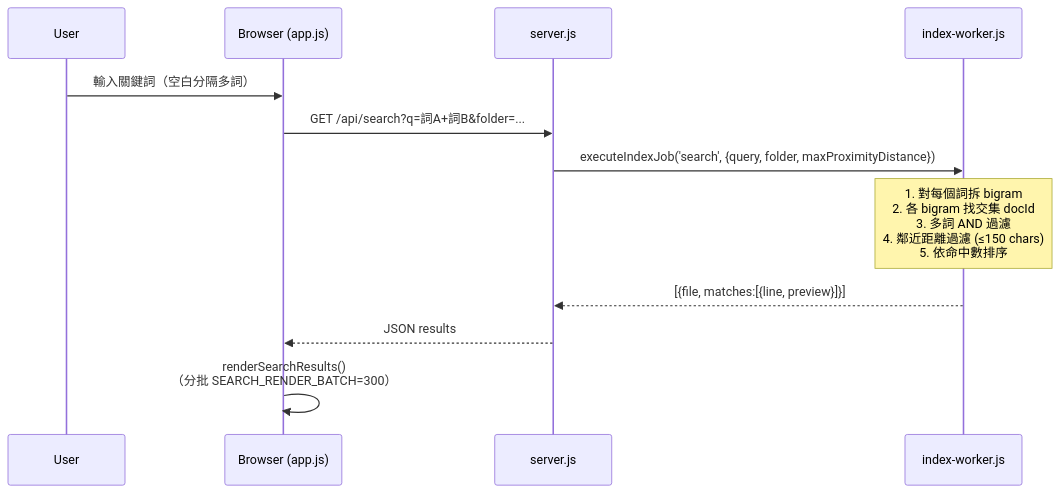
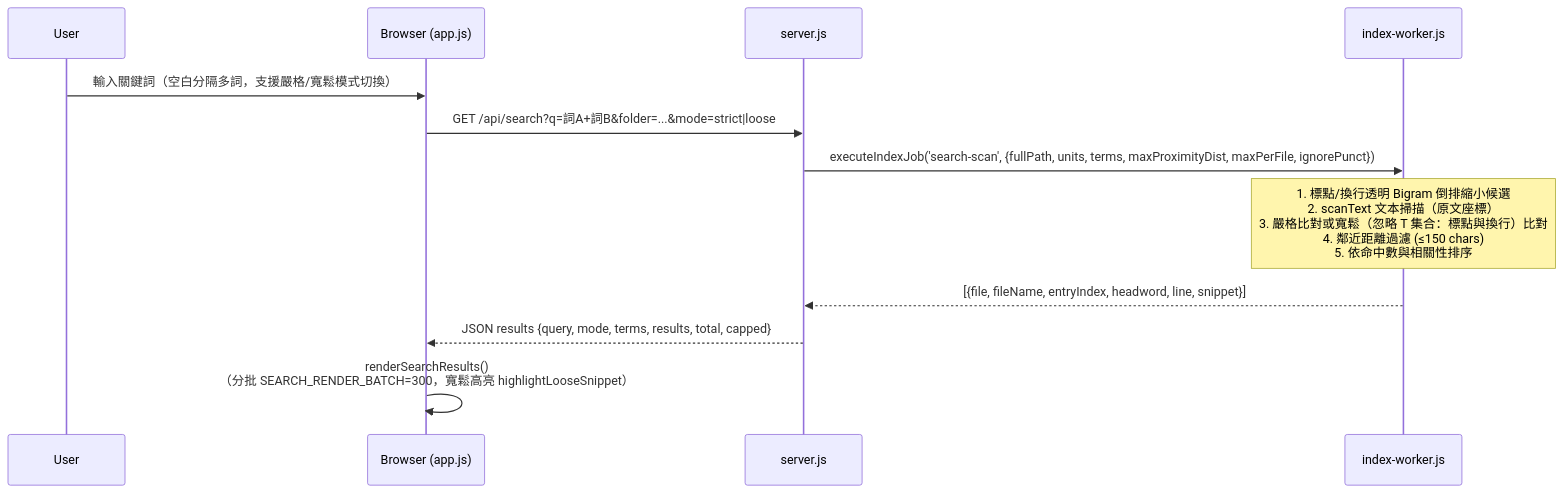
Before and after one commit to jmedzen/mdWebview: the seventh of 11 diagrams in ARCHITECTURE.md, drawn with Mermaid. The commit also changed other lines of this file and 16 other files, not shown here.

````diff
--- a/ARCHITECTURE.md
+++ b/ARCHITECTURE.md
@@ -220,15 +220,15 @@
 ```mermaid
 sequenceDiagram
     participant U as User
     participant B as Browser (app.js)
     participant S as server.js
     participant IX as index-worker.js
 
-    U->>B: 輸入關鍵詞（空白分隔多詞）
-    B->>S: GET /api/search?q=詞A+詞B&folder=...
-    S->>IX: executeIndexJob('search', {query, folder, maxProximityDistance})
-    Note over IX: 1. 對每個詞拆 bigram<br/>2. 各 bigram 找交集 docId<br/>3. 多詞 AND 過濾<br/>4. 鄰近距離過濾 (≤150 chars)<br/>5. 依命中數排序
-    IX-->>S: [{file, matches:[{line, preview}]}]
-    S-->>B: JSON results
-    B->>B: renderSearchResults()<br/>（分批 SEARCH_RENDER_BATCH=300）
+    U->>B: 輸入關鍵詞（空白分隔多詞，支援嚴格/寬鬆模式切換）
+    B->>S: GET /api/search?q=詞A+詞B&folder=...&mode=strict|loose
+    S->>IX: executeIndexJob('search-scan', {fullPath, units, terms, maxProximityDist, maxPerFile, ignorePunct})
+    Note over IX: 1. 標點/換行透明 Bigram 倒排縮小候選<br/>2. scanText 文本掃描（原文座標）<br/>3. 嚴格比對或寬鬆（忽略 T 集合：標點與換行）比對<br/>4. 鄰近距離過濾 (≤150 chars)<br/>5. 依命中數與相關性排序
+    IX-->>S: [{file, fileName, entryIndex, headword, line, snippet}]
+    S-->>B: JSON results {query, mode, terms, results, total, capped}
+    B->>B: renderSearchResults()<br/>（分批 SEARCH_RENDER_BATCH=300，寬鬆高亮 highlightLooseSnippet）
 ```
````
